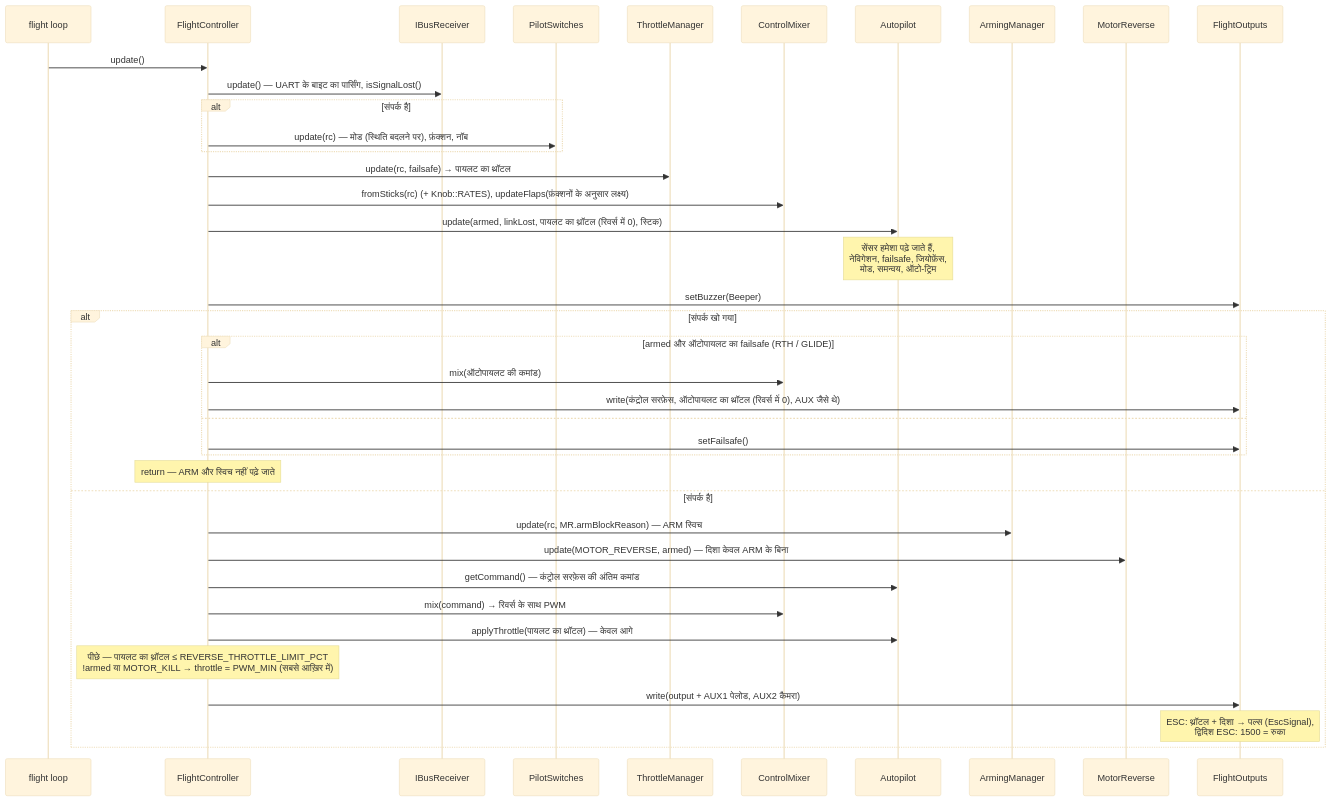
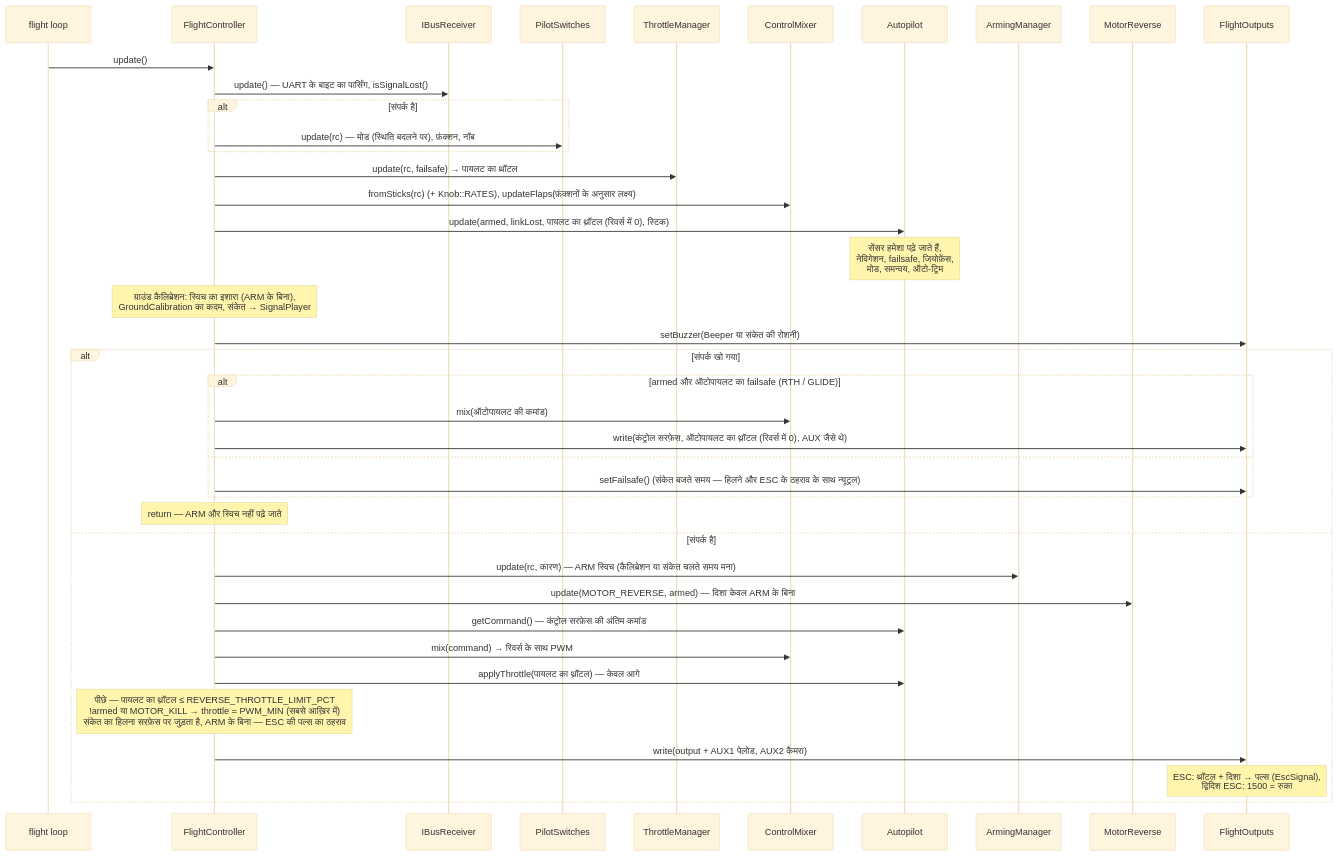
The sixth of 12 diagrams in docs/i18n/hi/ARCHITECTURE.md (damir-lebedev/OpenPlaneProject), drawn with Mermaid (base theme) before and after one commit. The commit also changed other lines of this file and 215 other files, not shown here.

````diff
--- a/docs/i18n/hi/ARCHITECTURE.md
+++ b/docs/i18n/hi/ARCHITECTURE.md
@@ -355,42 +355,43 @@
 ```mermaid
 sequenceDiagram
     participant L as flight loop
     participant FC as FlightController
     participant RX as IBusReceiver
     participant SW as PilotSwitches
     participant TM as ThrottleManager
     participant MX as ControlMixer
     participant AP as Autopilot
     participant AM as ArmingManager
     participant MR as MotorReverse
     participant OUT as FlightOutputs
 
     L->>FC: update()
     FC->>RX: update() — UART के बाइट का पार्सिंग, isSignalLost()
     alt संपर्क है
         FC->>SW: update(rc) — मोड (स्थिति बदलने पर), फ़ंक्शन, नॉब
     end
     FC->>TM: update(rc, failsafe) → पायलट का थ्रॉटल
     FC->>MX: fromSticks(rc) (+ Knob::RATES), updateFlaps(फ़ंक्शनों के अनुसार लक्ष्य)
     FC->>AP: update(armed, linkLost, पायलट का थ्रॉटल (रिवर्स में 0), स्टिक)
     Note over AP: सेंसर हमेशा पढ़े जाते हैं,<br/>नेविगेशन, failsafe, जियोफ़ेंस,<br/>मोड, समन्वय, ऑटो-ट्रिम
-    FC->>OUT: setBuzzer(Beeper)
+    Note over FC: ग्राउंड कैलिब्रेशन: स्विच का इशारा (ARM के बिना),<br/>GroundCalibration का कदम, संकेत → SignalPlayer
+    FC->>OUT: setBuzzer(Beeper या संकेत की रोशनी)
     alt संपर्क खो गया
         alt armed और ऑटोपायलट का failsafe (RTH / GLIDE)
             FC->>MX: mix(ऑटोपायलट की कमांड)
             FC->>OUT: write(कंट्रोल सरफ़ेस, ऑटोपायलट का थ्रॉटल (रिवर्स में 0), AUX जैसे थे)
         else
-            FC->>OUT: setFailsafe()
+            FC->>OUT: setFailsafe() (संकेत बजते समय — हिलने और ESC के ठहराव के साथ न्यूट्रल)
         end
         Note over FC: return — ARM और स्विच नहीं पढ़े जाते
     else संपर्क है
-        FC->>AM: update(rc, MR.armBlockReason) — ARM स्विच
+        FC->>AM: update(rc, कारण) — ARM स्विच (कैलिब्रेशन या संकेत चलते समय मना)
         FC->>MR: update(MOTOR_REVERSE, armed) — दिशा केवल ARM के बिना
         FC->>AP: getCommand() — कंट्रोल सरफ़ेस की अंतिम कमांड
         FC->>MX: mix(command) → रिवर्स के साथ PWM
         FC->>AP: applyThrottle(पायलट का थ्रॉटल) — केवल आगे
-        Note over FC: पीछे — पायलट का थ्रॉटल ≤ REVERSE_THROTTLE_LIMIT_PCT<br/>!armed या MOTOR_KILL → throttle = PWM_MIN (सबसे आख़िर में)
+        Note over FC: पीछे — पायलट का थ्रॉटल ≤ REVERSE_THROTTLE_LIMIT_PCT<br/>!armed या MOTOR_KILL → throttle = PWM_MIN (सबसे आख़िर में)<br/>संकेत का हिलना सरफ़ेस पर जुड़ता है, ARM के बिना — ESC की पल्स का ठहराव
         FC->>OUT: write(output + AUX1 पेलोड, AUX2 कैमरा)
         Note over OUT: ESC: थ्रॉटल + दिशा → पल्स (EscSignal),<br/>द्विदिश ESC: 1500 = रुका
     end
 ```
````
